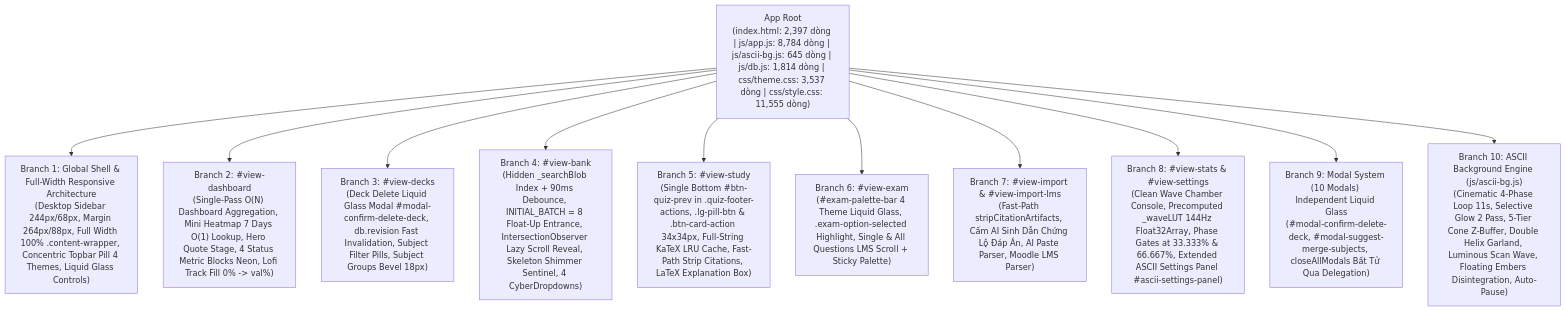
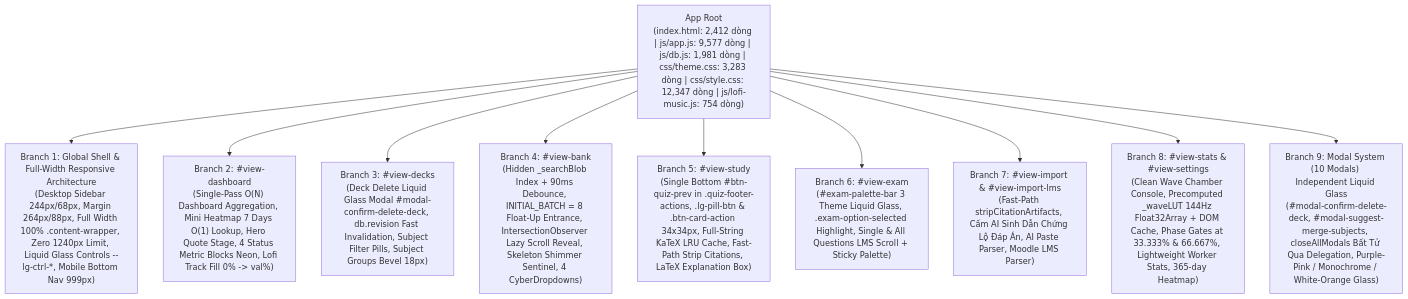
The first of 2 diagrams in docs/ARCHITECTURE_GRAPH.md (longcrpuen/tinhminhlaki), drawn with Mermaid before and after one commit. The commit also changed other lines of this file and 15 other files, not shown here.

Commit message:
perf: optimize core runtime, SW auto-update, cache, and DOM reflow (waves 2i-2j)

````diff
--- a/docs/ARCHITECTURE_GRAPH.md
+++ b/docs/ARCHITECTURE_GRAPH.md
@@ -15,15 +15,14 @@
 ```mermaid
 graph TD
-    Root["App Root<br/>(index.html: 2,397 dòng | js/app.js: 8,784 dòng | js/ascii-bg.js: 645 dòng | js/db.js: 1,814 dòng | css/theme.css: 3,537 dòng | css/style.css: 11,555 dòng)"]
+    Root["App Root<br/>(index.html: 2,412 dòng | js/app.js: 9,577 dòng | js/db.js: 1,981 dòng | css/theme.css: 3,283 dòng | css/style.css: 12,347 dòng | js/lofi-music.js: 754 dòng)"]
 
-    Root --> B1["Branch 1: Global Shell & Full-Width Responsive Architecture<br/>(Desktop Sidebar 244px/68px, Margin 264px/88px, Full Width 100% .content-wrapper, Concentric Topbar Pill 4 Themes, Liquid Glass Controls)"]
+    Root --> B1["Branch 1: Global Shell & Full-Width Responsive Architecture<br/>(Desktop Sidebar 244px/68px, Margin 264px/88px, Full Width 100% .content-wrapper, Zero 1240px Limit, Liquid Glass Controls --lg-ctrl-*, Mobile Bottom Nav 999px)"]
     Root --> B2["Branch 2: #view-dashboard<br/>(Single-Pass O(N) Dashboard Aggregation, Mini Heatmap 7 Days O(1) Lookup, Hero Quote Stage, 4 Status Metric Blocks Neon, Lofi Track Fill 0% -> val%)"]
     Root --> B3["Branch 3: #view-decks<br/>(Deck Delete Liquid Glass Modal #modal-confirm-delete-deck, db.revision Fast Invalidation, Subject Filter Pills, Subject Groups Bevel 18px)"]
     Root --> B4["Branch 4: #view-bank<br/>(Hidden _searchBlob Index + 90ms Debounce, INITIAL_BATCH = 8 Float-Up Entrance, IntersectionObserver Lazy Scroll Reveal, Skeleton Shimmer Sentinel, 4 CyberDropdowns)"]
     Root --> B5["Branch 5: #view-study<br/>(Single Bottom #btn-quiz-prev in .quiz-footer-actions, .lg-pill-btn & .btn-card-action 34x34px, Full-String KaTeX LRU Cache, Fast-Path Strip Citations, LaTeX Explanation Box)"]
-    Root --> B6["Branch 6: #view-exam<br/>(#exam-palette-bar 4 Theme Liquid Glass, .exam-option-selected Highlight, Single & All Questions LMS Scroll + Sticky Palette)"]
+    Root --> B6["Branch 6: #view-exam<br/>(#exam-palette-bar 3 Theme Liquid Glass, .exam-option-selected Highlight, Single & All Questions LMS Scroll + Sticky Palette)"]
     Root --> B7["Branch 7: #view-import & #view-import-lms<br/>(Fast-Path stripCitationArtifacts, Cấm AI Sinh Dẫn Chứng Lộ Đáp Án, AI Paste Parser, Moodle LMS Parser)"]
-    Root --> B8["Branch 8: #view-stats & #view-settings<br/>(Clean Wave Chamber Console, Precomputed _waveLUT 144Hz Float32Array, Phase Gates at 33.333% & 66.667%, Extended ASCII Settings Panel #ascii-settings-panel)"]
-    Root --> B9["Branch 9: Modal System (10 Modals) Independent Liquid Glass<br/>(#modal-confirm-delete-deck, #modal-suggest-merge-subjects, closeAllModals Bất Tử Qua Delegation)"]
-    Root --> B10["Branch 10: ASCII Background Engine (js/ascii-bg.js)<br/>(Cinematic 4-Phase Loop 11s, Selective Glow 2 Pass, 5-Tier Cone Z-Buffer, Double Helix Garland, Luminous Scan Wave, Floating Embers Disintegration, Auto-Pause)"]
+    Root --> B8["Branch 8: #view-stats & #view-settings<br/>(Clean Wave Chamber Console, Precomputed _waveLUT 144Hz Float32Array + DOM Cache, Phase Gates at 33.333% & 66.667%, Lightweight Worker Stats, 365-day Heatmap)"]
+    Root --> B9["Branch 9: Modal System (10 Modals) Independent Liquid Glass<br/>(#modal-confirm-delete-deck, #modal-suggest-merge-subjects, closeAllModals Bất Tử Qua Delegation, Purple-Pink / Monochrome / White-Orange Glass)"]
 ```
````
